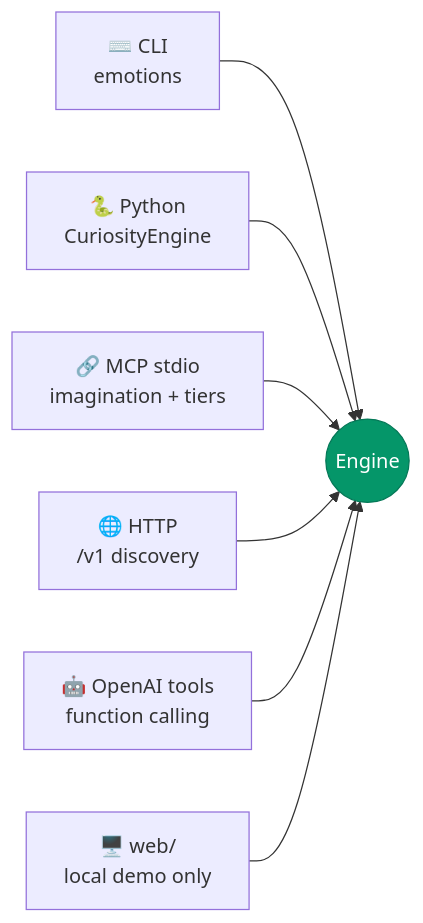
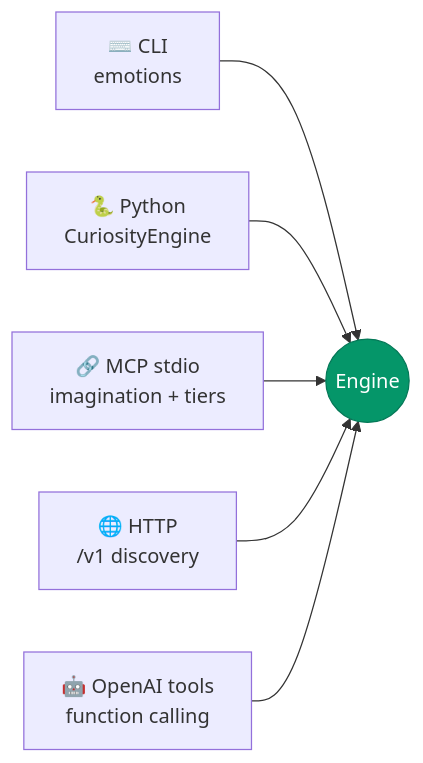
One commit to KanakMalpani/Artificial-Emotions changed the sixth of 6 diagrams in README.md. Above: the diagram before and after it, drawn with Mermaid. The commit also changed other lines of this file and 55 other files, not shown here.

Commit message:
chore: remove web demo surface

````diff
--- a/README.md
+++ b/README.md
@@ -514,11 +514,9 @@
 ```mermaid
 flowchart LR
     CLI["⌨️ CLI<br/>emotions"] --> E(("Engine"))
     PY["🐍 Python<br/>CuriosityEngine"] --> E
     MCP["🔗 MCP stdio<br/>imagination + tiers"] --> E
     HTTP["🌐 HTTP<br/>/v1 discovery"] --> E
     OAI["🤖 OpenAI tools<br/>function calling"] --> E
-    WEB["🖥️ web/<br/>local demo only"] --> E
-
     style E fill:#059669,stroke:#047857,color:#fff
 ```
````
